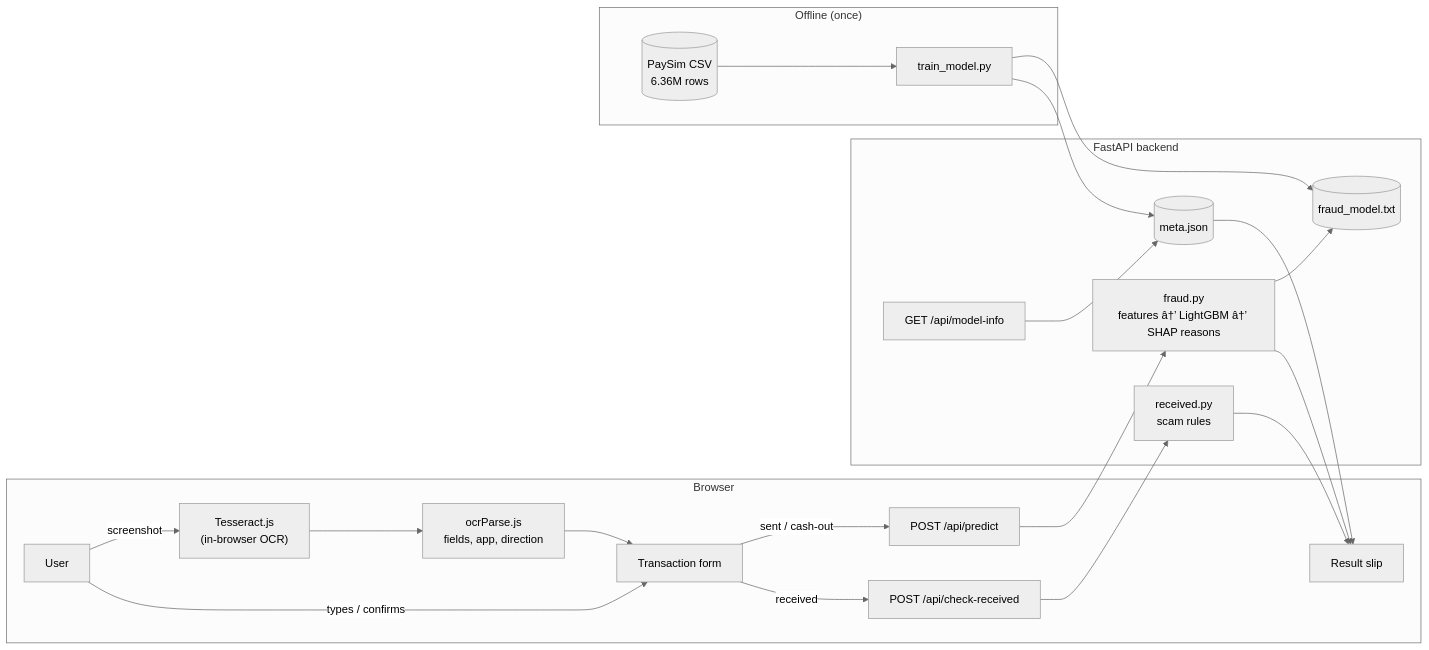
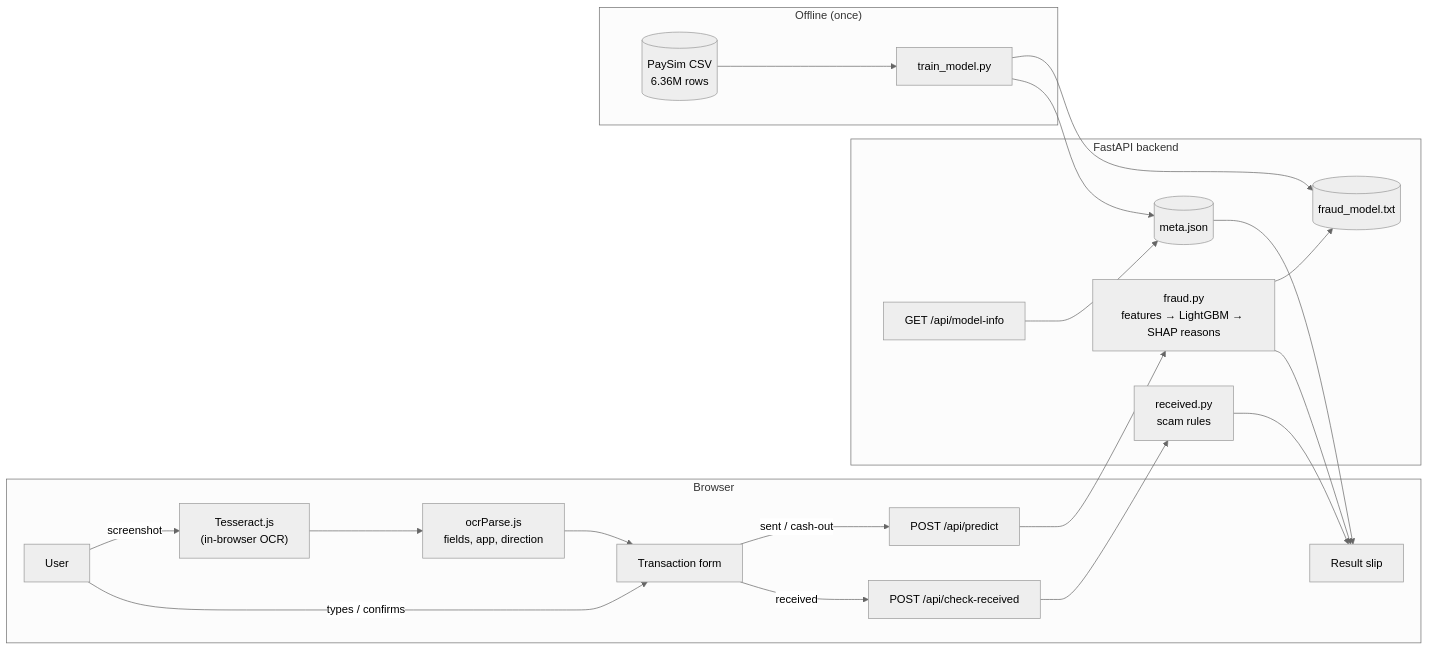
Before and after one commit to PrathmeshPawar2110/UPI_Fraud_Detection: the first of 2 diagrams in docs/TRD.md, drawn with Mermaid (neutral theme). The commit also changed other lines of this file, not shown here.

````diff
--- a/docs/TRD.md
+++ b/docs/TRD.md
@@ -60,25 +60,25 @@
 ```mermaid
 flowchart LR
     subgraph Browser
         U[User] -->|screenshot| OCR["Tesseract.js<br/>(in-browser OCR)"]
         OCR --> P["ocrParse.js<br/>fields, app, direction"]
         P --> F[Transaction form]
         U -->|types / confirms| F
         F -->|sent / cash-out| A1["POST /api/predict"]
         F -->|received| A2["POST /api/check-received"]
         R[Result slip]
     end
     subgraph "FastAPI backend"
-        A1 --> M["fraud.py<br/>features â†’ LightGBM â†’ SHAP reasons"]
+        A1 --> M["fraud.py<br/>features → LightGBM → SHAP reasons"]
         A2 --> RR["received.py<br/>scam rules"]
         MI["GET /api/model-info"] --> META[(meta.json)]
         M --> MODEL[(fraud_model.txt)]
     end
     M --> R
     RR --> R
     META --> R
     subgraph "Offline (once)"
         DS[(PaySim CSV<br/>6.36M rows)] --> T[train_model.py] --> MODEL
         T --> META
     end
 ```
````
